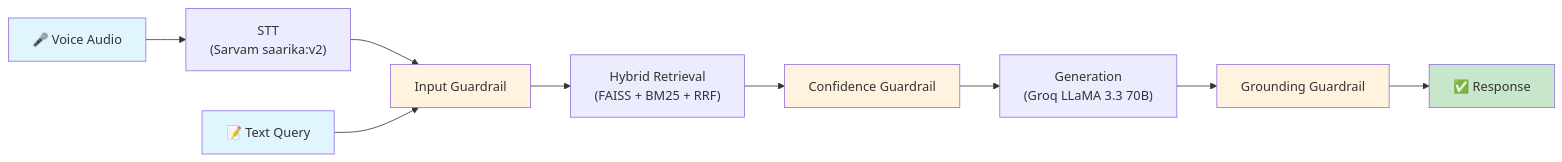
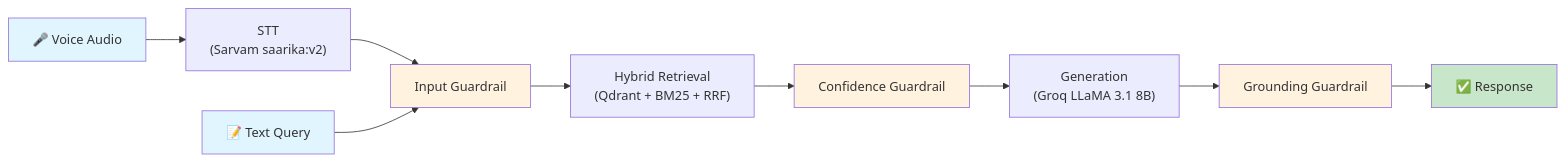
The diagram in README.md (http-pruthvi/RAGInGoa), drawn with Mermaid before and after one commit. The commit also changed other lines of this file and 6 other files, not shown here.

````diff
--- a/README.md
+++ b/README.md
@@ -7,18 +7,18 @@
 ```mermaid
 graph LR
     A["🎤 Voice Audio"] --> B["STT<br/>(Sarvam saarika:v2)"]
     B --> C["Input Guardrail"]
     T["📝 Text Query"] --> C
-    C --> D["Hybrid Retrieval<br/>(FAISS + BM25 + RRF)"]
+    C --> D["Hybrid Retrieval<br/>(Qdrant + BM25 + RRF)"]
     D --> E["Confidence Guardrail"]
-    E --> F["Generation<br/>(Groq LLaMA 3.3 70B)"]
+    E --> F["Generation<br/>(Groq LLaMA 3.1 8B)"]
     F --> G["Grounding Guardrail"]
     G --> H["✅ Response"]
 
     style A fill:#e1f5fe
     style T fill:#e1f5fe
     style H fill:#c8e6c9
     style C fill:#fff3e0
     style E fill:#fff3e0
     style G fill:#fff3e0
 ```
````
